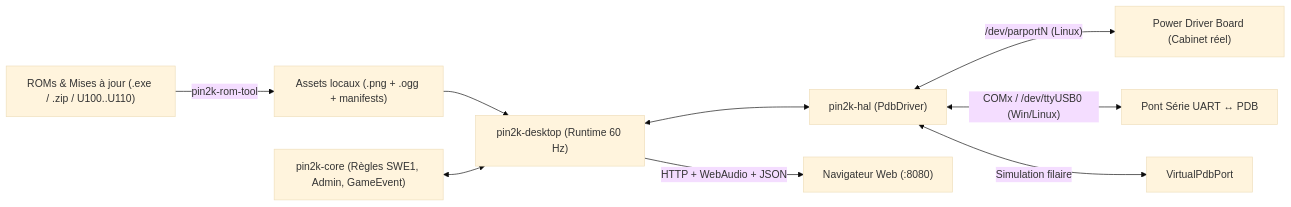
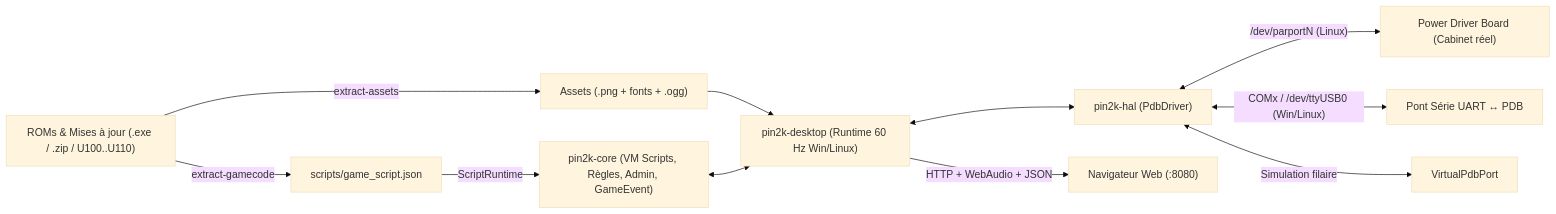
The diagram in docs/ARCHITECTURE_GUIDE.md (Sykir/pin2k), drawn with Mermaid (base theme) before and after one commit. The commit also changed other lines of this file and 3 other files, not shown here.

Commit message:
Update README, architecture guide, hardware notes, and add game_script.json reference

````diff
--- a/docs/ARCHITECTURE_GUIDE.md
+++ b/docs/ARCHITECTURE_GUIDE.md
@@ -16,11 +16,13 @@
 ```mermaid
 flowchart LR
-    ROM["ROMs & Mises à jour (.exe / .zip / U100..U110)"] -->|pin2k-rom-tool| ASSETS["Assets locaux (.png + .ogg + manifests)"]
-    ASSETS --> DESKTOP["pin2k-desktop (Runtime 60 Hz)"]
-    CORE["pin2k-core (Règles SWE1, Admin, GameEvent)"] <--> DESKTOP
+    ROM["ROMs & Mises à jour (.exe / .zip / U100..U110)"] -->|"extract-assets"| ASSETS["Assets (.png + fonts + .ogg)"]
+    ROM -->|"extract-gamecode"| SCRIPT["scripts/game_script.json"]
+    ASSETS --> DESKTOP["pin2k-desktop (Runtime 60 Hz Win/Linux)"]
+    SCRIPT -->|"ScriptRuntime"| CORE["pin2k-core (VM Scripts, Règles, Admin, GameEvent)"]
+    CORE <--> DESKTOP
     DESKTOP <--> HAL["pin2k-hal (PdbDriver)"]
     HAL <-->|"/dev/parportN (Linux)"| PDB["Power Driver Board (Cabinet réel)"]
     HAL <-->|"COMx / /dev/ttyUSB0 (Win/Linux)"| UART["Pont Série UART ↔ PDB"]
     HAL <-->|"Simulation filaire"| VPDB["VirtualPdbPort"]
     DESKTOP -->|"HTTP + WebAudio + JSON"| WEB["Navigateur Web (:8080)"]
 ```
````
